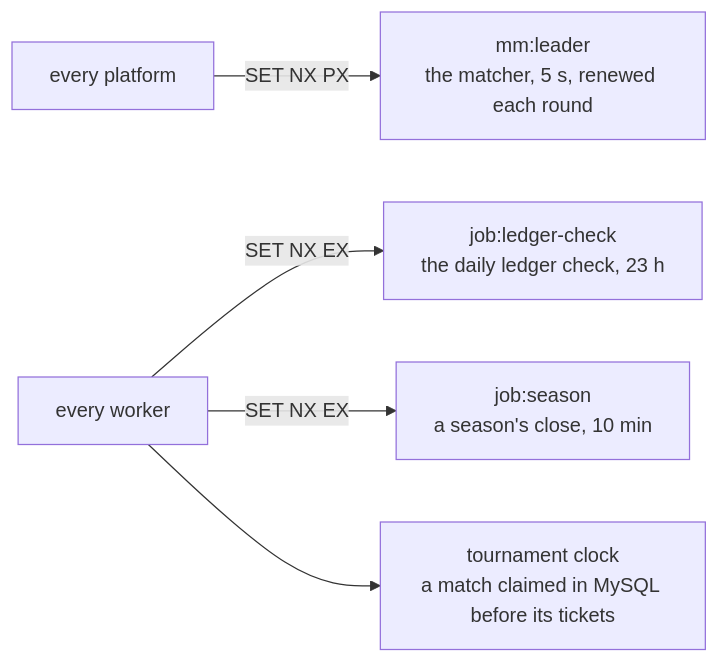
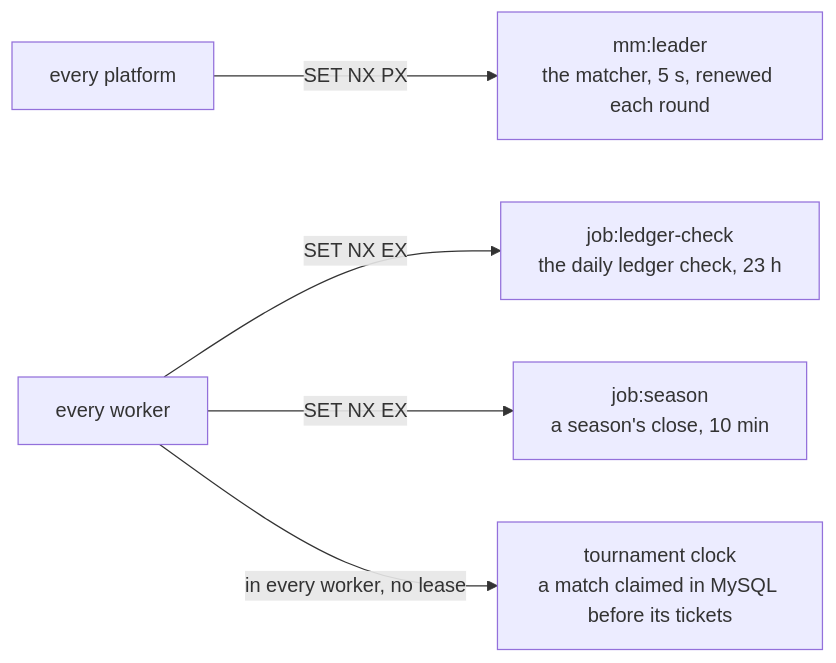
One commit to greensoft-atom/depio-simulation-platform changed the sixth of 6 diagrams in docs/diagrams/01-system.md. Above: the diagram before and after it, drawn with Mermaid. The commit also changed other lines of this file and 121 other files, not shown here.

````diff
--- a/docs/diagrams/01-system.md
+++ b/docs/diagrams/01-system.md
@@ -245,13 +285,13 @@
 ```mermaid
 flowchart LR
     plat["every platform"]
     work["every worker"]
     mm["mm:leader<br/>the matcher, 5 s, renewed each round"]
     lc["job:ledger-check<br/>the daily ledger check, 23 h"]
     se["job:season<br/>a season's close, 10 min"]
     ts["tournament clock<br/>a match claimed in MySQL before its tickets"]
     plat -->|"SET NX PX"| mm
     work -->|"SET NX EX"| lc
     work -->|"SET NX EX"| se
-    work --> ts
+    work -->|"in every worker, no lease"| ts
 ```
````
